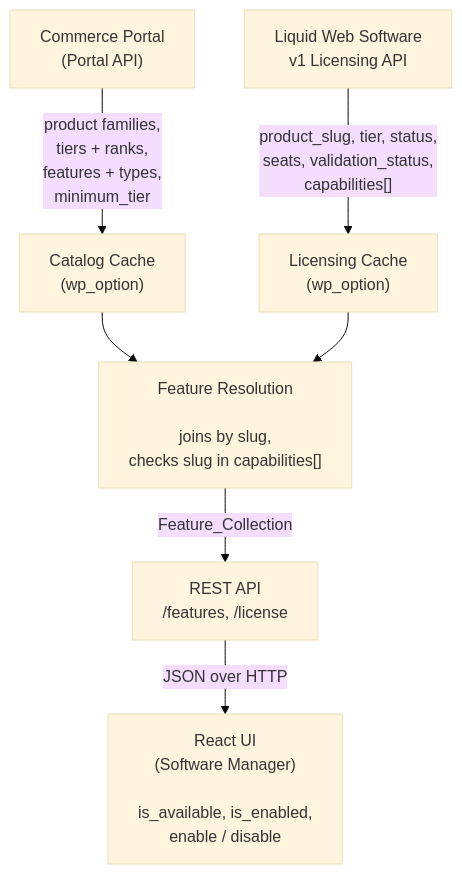
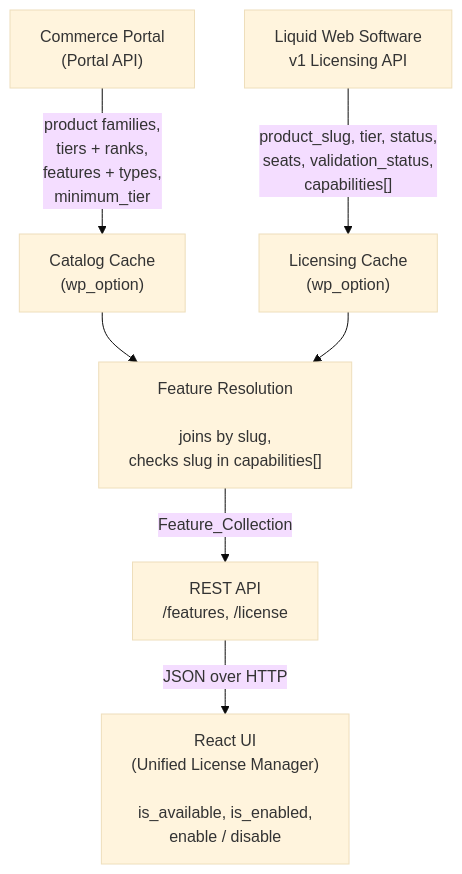
One commit to stellarwp/harbor changed the diagram in docs/harbor.md. Above: the diagram before and after it, drawn with Mermaid (base theme). The commit also changed other lines of this file and 19 other files, not shown here.

Commit message:
fix: call the license page the Unified License Manager

````diff
--- a/docs/harbor.md
+++ b/docs/harbor.md
@@ -74,9 +74,9 @@
 ```mermaid
 flowchart TD
     CatalogAPI["Commerce Portal\n(Portal API)"] -->|"product families,\ntiers + ranks,\nfeatures + types,\nminimum_tier"| CatalogCache["Catalog Cache\n(wp_option)"]
     LicensingAPI["Liquid Web Software\nv1 Licensing API"] -->|"product_slug, tier, status,\nseats, validation_status,\ncapabilities[]"| LicensingCache["Licensing Cache\n(wp_option)"]
     CatalogCache --> Resolution["Feature Resolution\n\njoins by slug,\nchecks slug in capabilities[]"]
     LicensingCache --> Resolution
     Resolution -->|Feature_Collection| REST["REST API\n/features, /license"]
-    REST -->|JSON over HTTP| UI["React UI\n(Software Manager)\n\nis_available, is_enabled,\nenable / disable"]
+    REST -->|JSON over HTTP| UI["React UI\n(Unified License Manager)\n\nis_available, is_enabled,\nenable / disable"]
 ```
````
